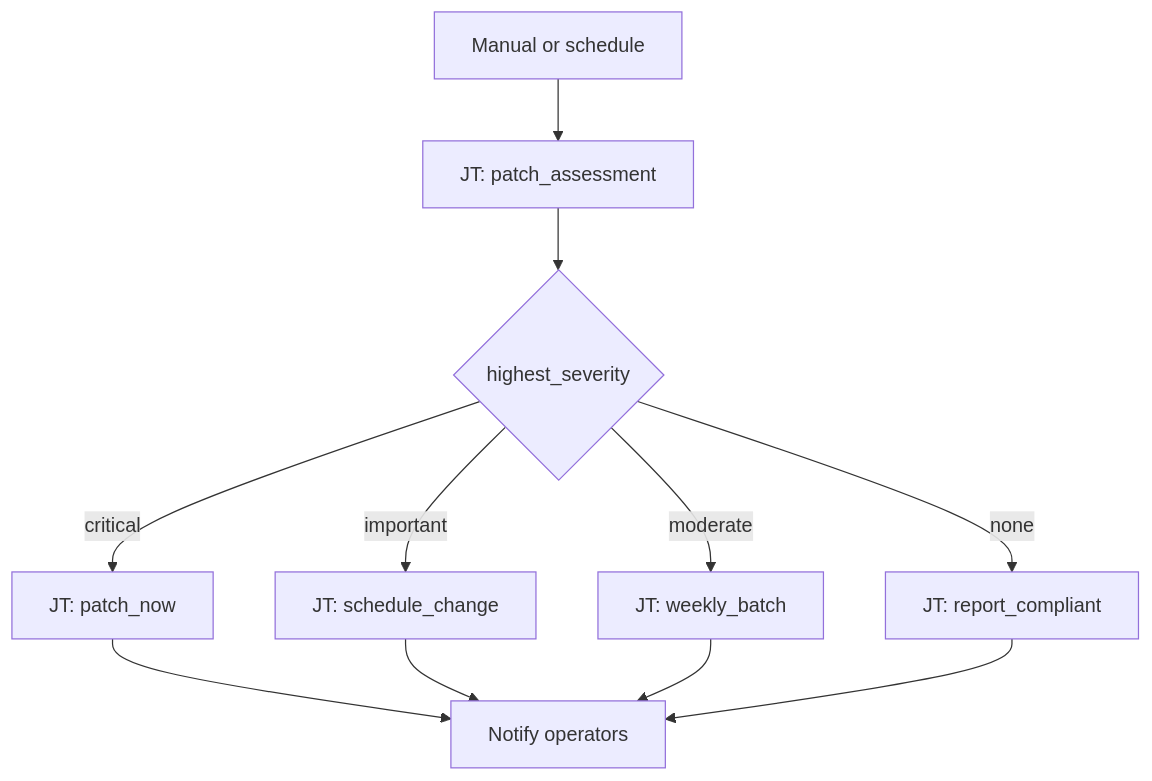
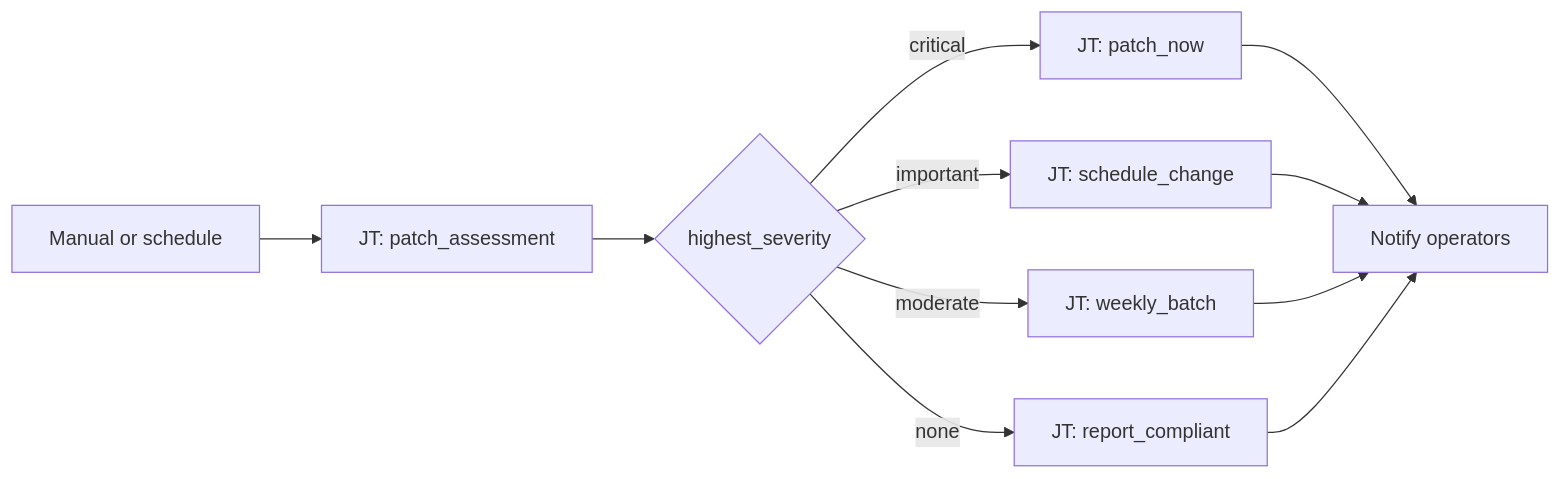
Before and after one commit to anshulbehl/aap-orchestrator-demos: the diagram in patch-management/101-patch-severity-routing/README.md, drawn with Mermaid. The commit also changed 22 other files, not shown here.

First line of the commit message:
Add interactive demo section, page polish, and LR README diagrams.

````diff
--- a/patch-management/101-patch-severity-routing/README.md
+++ b/patch-management/101-patch-severity-routing/README.md
@@ -18,13 +18,13 @@
 ```mermaid
-flowchart TD
+flowchart LR
   Trigger[Manual or schedule] --> Scan[JT: patch_assessment]
   Scan --> Switch{highest_severity}
   Switch -->|critical| PatchNow[JT: patch_now]
   Switch -->|important| Schedule[JT: schedule_change]
   Switch -->|moderate| Batch[JT: weekly_batch]
   Switch -->|none| Compliant[JT: report_compliant]
   PatchNow --> Notify[Notify operators]
   Schedule --> Notify
   Batch --> Notify
   Compliant --> Notify
 ```
````
